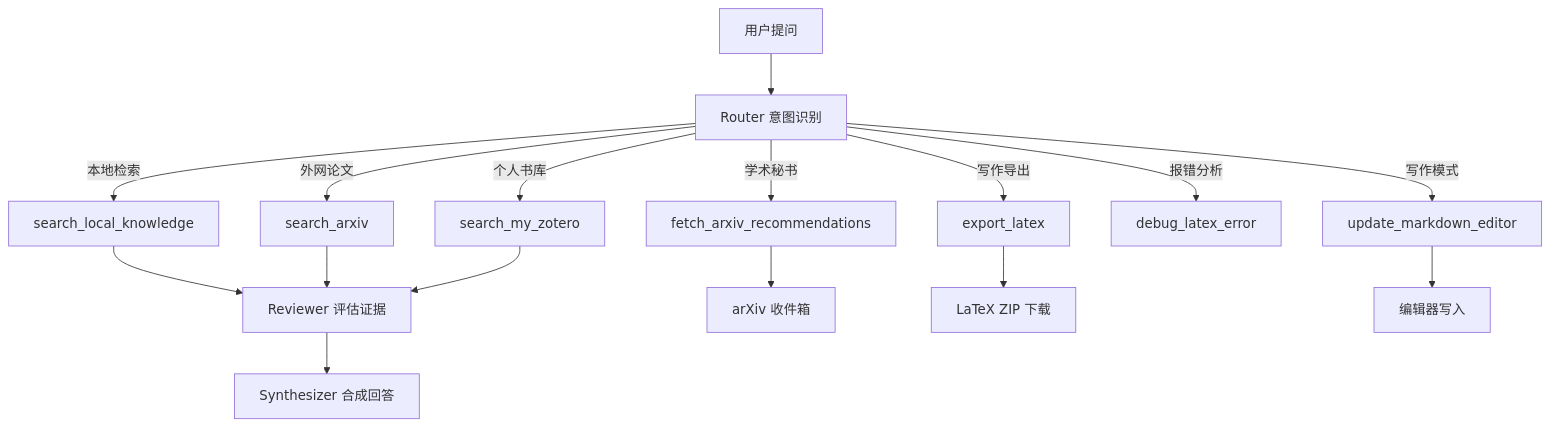
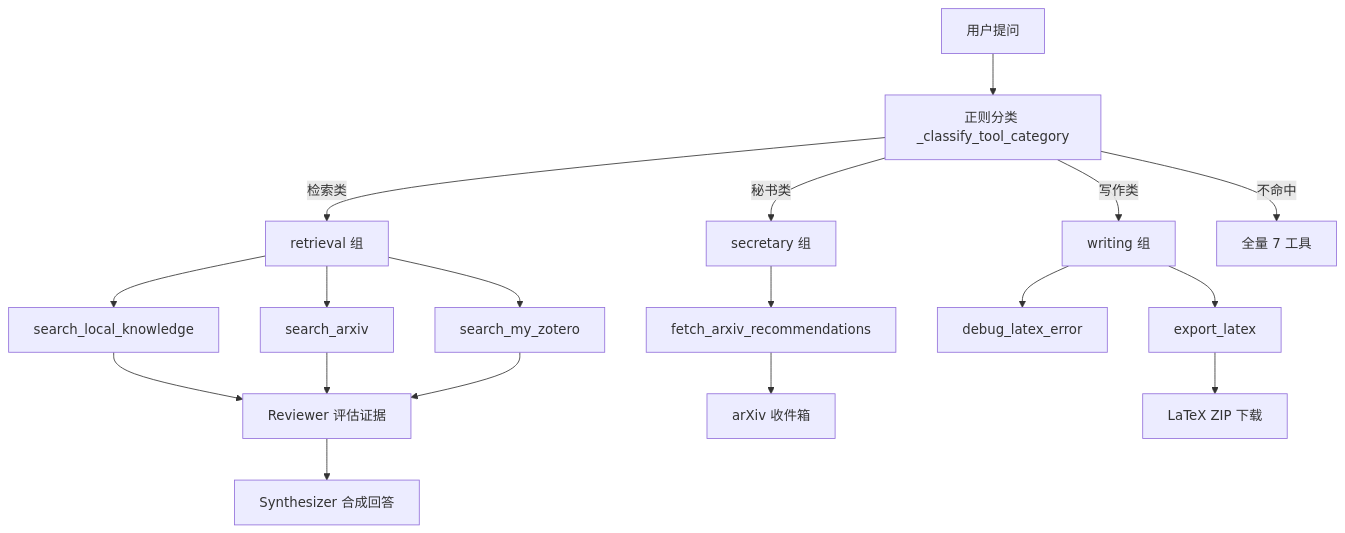
One commit to czx0v0/AtomicLab2 changed the diagram in docs/MULTIAGENT_ARCH.md. Above: the diagram before and after it, drawn with Mermaid. The commit also changed other lines of this file, not shown here.

````diff
--- a/docs/MULTIAGENT_ARCH.md
+++ b/docs/MULTIAGENT_ARCH.md
@@ -124,18 +126,20 @@
 ```mermaid
 flowchart TD
-  U[用户提问] --> R[Router 意图识别]
-  R -->|本地检索| S[search_local_knowledge]
-  R -->|外网论文| A[search_arxiv]
-  R -->|个人书库| Z[search_my_zotero]
-  R -->|学术秘书| F[fetch_arxiv_recommendations]
-  R -->|写作导出| E[export_latex]
-  R -->|报错分析| D[debug_latex_error]
-  R -->|写作模式| M[update_markdown_editor]
+  U[用户提问] --> C[正则分类 _classify_tool_category]
+  C -->|检索类| G1[retrieval 组]
+  C -->|写作类| G2[writing 组]
+  C -->|秘书类| G3[secretary 组]
+  C -->|不命中| G0[全量 7 工具]
+  G1 --> S[search_local_knowledge]
+  G1 --> A[search_arxiv]
+  G1 --> Z[search_my_zotero]
+  G2 --> E[export_latex]
+  G2 --> D[debug_latex_error]
+  G3 --> F[fetch_arxiv_recommendations]
   S --> V[Reviewer 评估证据]
   A --> V
   Z --> V
   V --> Y[Synthesizer 合成回答]
   F --> I[arXiv 收件箱]
   E --> X[LaTeX ZIP 下载]
-  M --> W[编辑器写入]
 ```
````
